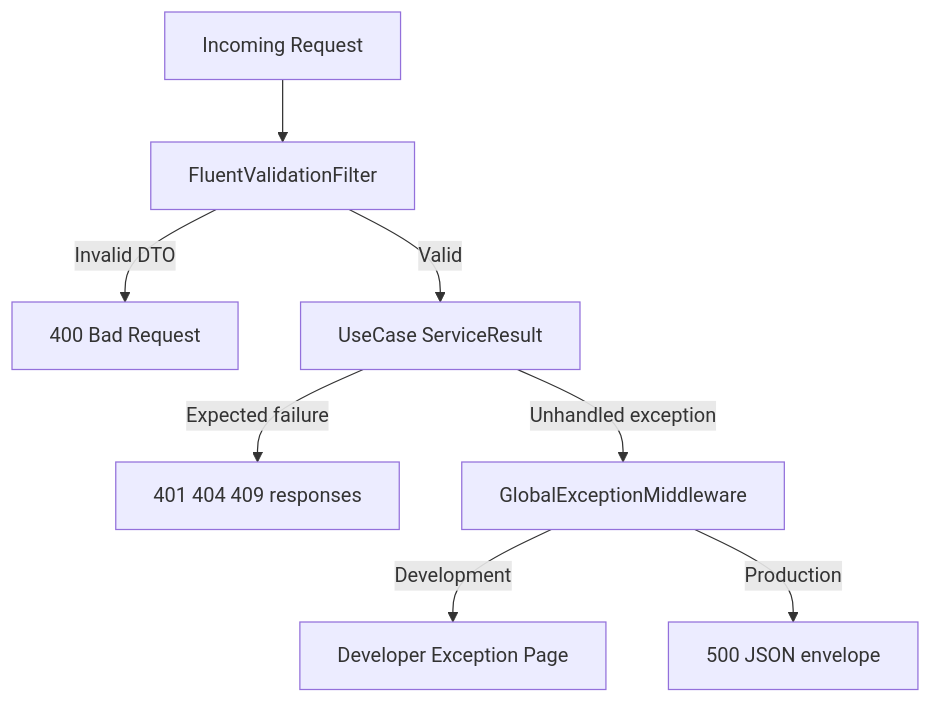
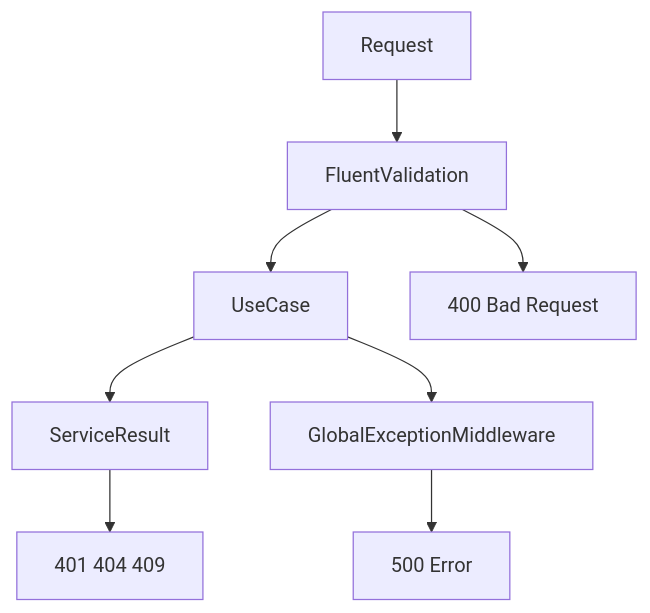
One commit to ahmed-aliii/ElectroPi-Assessment-Task changed the fifth of 6 diagrams in README.md. Above: the diagram before and after it, drawn with Mermaid. The commit also changed other lines of this file, not shown here.

````diff
--- a/README.md
+++ b/README.md
@@ -545,10 +241,10 @@
 ```mermaid
-flowchart TD
-    requestNode[Incoming Request] --> fvNode[FluentValidationFilter]
-    fvNode -->|"Invalid DTO"| badRequestNode["400 Bad Request"]
-    fvNode -->|"Valid"| ucNode[UseCase ServiceResult]
-    ucNode -->|"Expected failure"| resultNode["401 404 409 responses"]
-    ucNode -->|"Unhandled exception"| gemNode[GlobalExceptionMiddleware]
-    gemNode -->|"Development"| devPageNode["Developer Exception Page"]
-    gemNode -->|"Production"| prodErrorNode["500 JSON envelope"]
+graph TD
+    A[Request] --> B[FluentValidation]
+    B --> C[UseCase]
+    C --> D[ServiceResult]
+    C --> E[GlobalExceptionMiddleware]
+    B --> F[400 Bad Request]
+    D --> G[401 404 409]
+    E --> H[500 Error]
 ```
````
